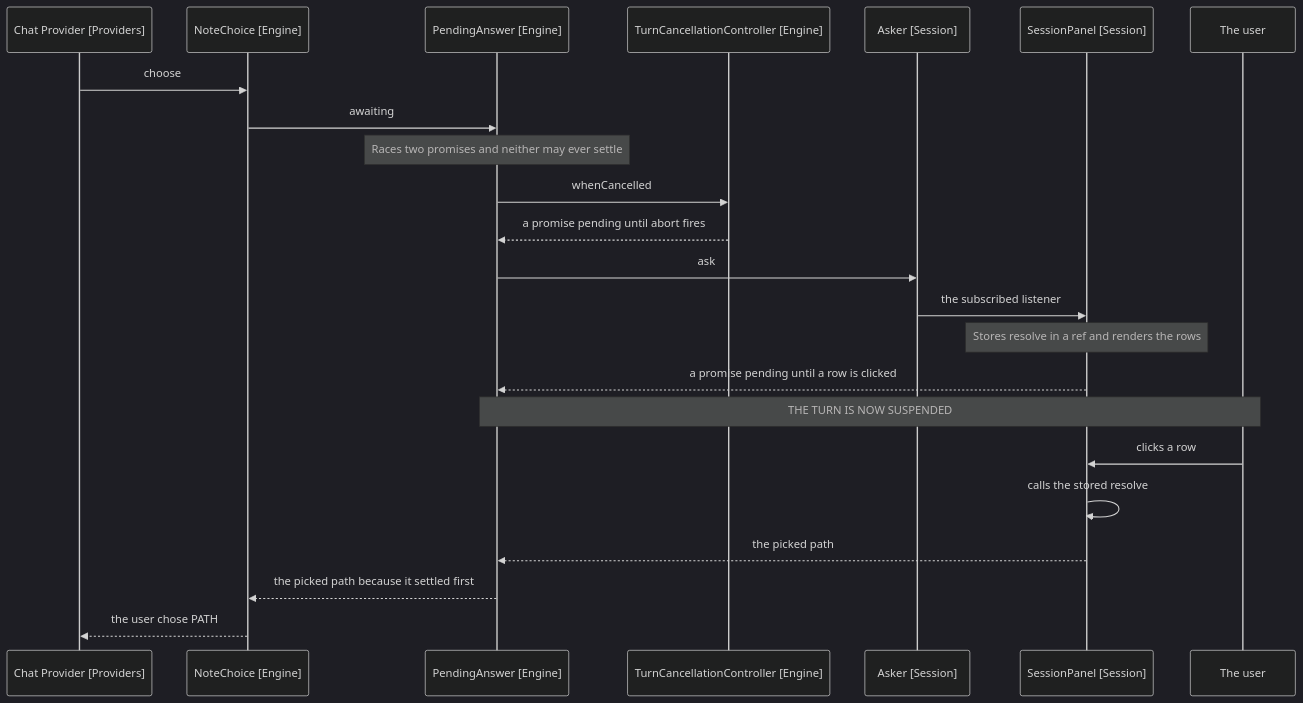
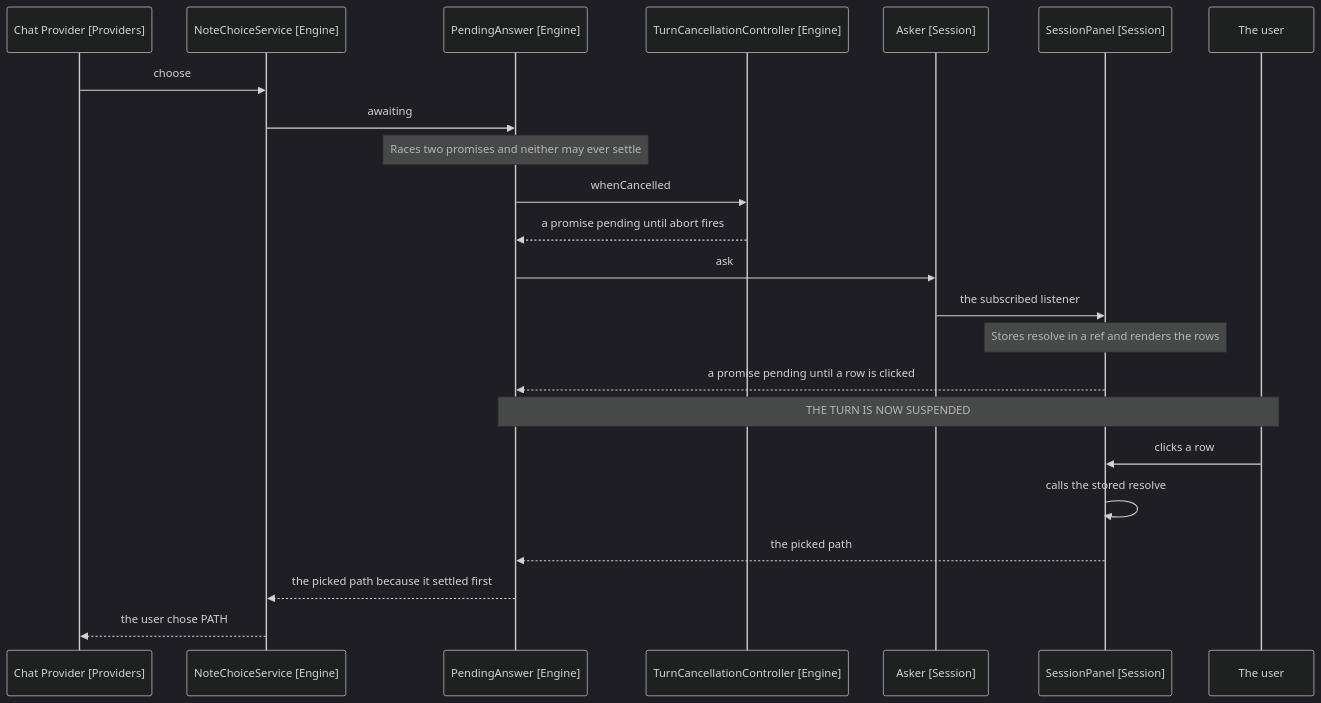
One commit to iparips/obsidian-owl changed the first of 2 diagrams in docs/architecture/8-parking-a-turn.md. Above: the diagram before and after it, drawn with Mermaid (dark theme). The commit also changed other lines of this file and 43 other files, not shown here.

````diff
--- a/docs/architecture/8-parking-a-turn.md
+++ b/docs/architecture/8-parking-a-turn.md
@@ -24,28 +24,28 @@
 ```mermaid
 sequenceDiagram
     participant Model as Chat Provider [Providers]
-    participant Choice as NoteChoice [Engine]
+    participant Choice as NoteChoiceService [Engine]
     participant Pending as PendingAnswer [Engine]
     participant Cancel as TurnCancellationController [Engine]
     participant Asker as Asker [Session]
     participant Panel as SessionPanel [Session]
     participant User as The user
 
     Model->>Choice: choose
     Choice->>Pending: awaiting
     Note over Pending: Races two promises and neither may ever settle
     Pending->>Cancel: whenCancelled
     Cancel-->>Pending: a promise pending until abort fires
     Pending->>Asker: ask
     Asker->>Panel: the subscribed listener
     Note over Panel: Stores resolve in a ref and renders the rows
     Panel-->>Pending: a promise pending until a row is clicked
 
     Note over Pending,User: THE TURN IS NOW SUSPENDED
 
     User->>Panel: clicks a row
     Panel->>Panel: calls the stored resolve
     Panel-->>Pending: the picked path
     Pending-->>Choice: the picked path because it settled first
     Choice-->>Model: the user chose PATH
 ```
````
